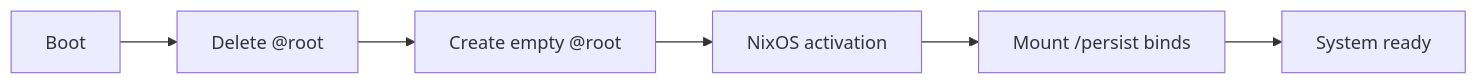
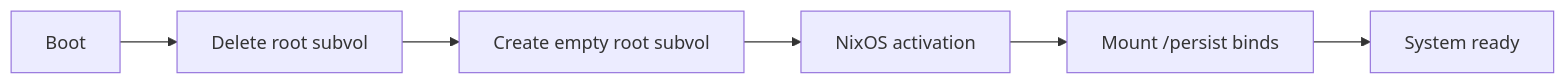
The second of 2 diagrams in docs/12-impermanence-setup.md (stars-labs/self-healing-nixos-infra), drawn with Mermaid before and after one commit. The commit also changed 7 other files, not shown here.

First line of the commit message:
Fix Mermaid parse errors: remove @ symbols from diagram node labels

````diff
--- a/docs/12-impermanence-setup.md
+++ b/docs/12-impermanence-setup.md
@@ -46,8 +46,8 @@
 ```mermaid
 flowchart LR
-    A[Boot] --> B[Delete @root]
-    B --> C[Create empty @root]
+    A[Boot] --> B[Delete root subvol]
+    B --> C[Create empty root subvol]
     C --> D[NixOS activation]
     D --> E[Mount /persist binds]
     E --> F[System ready]
 ```
````
